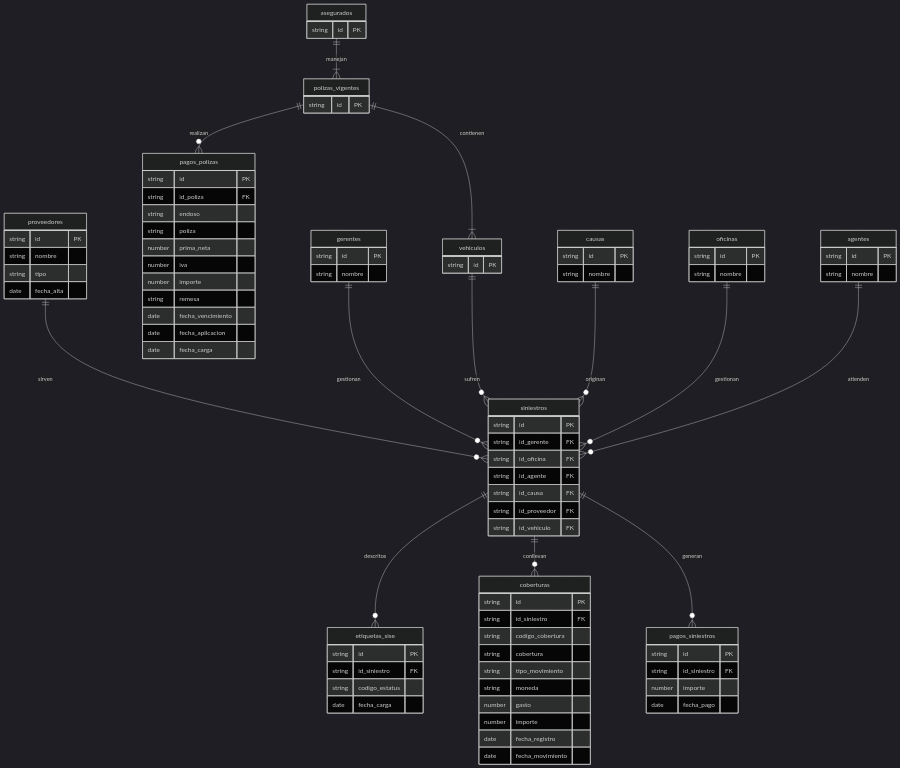
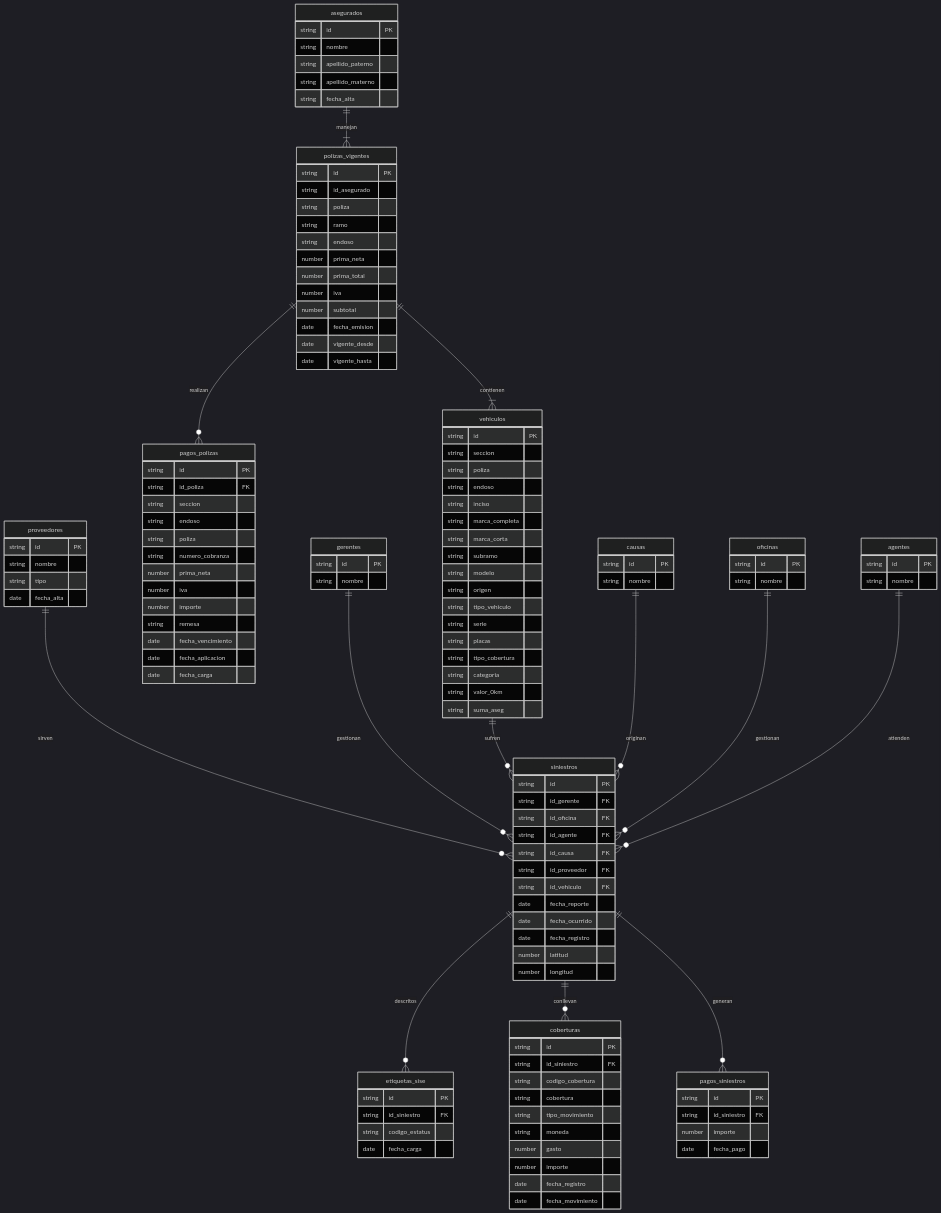
One commit to BernardoColoradoDubois/qualitas-fraudes-data changed the diagram in docs/fraudes.mermaid. Above: the diagram before and after it, drawn with Mermaid (dark theme). The commit also changed 1 other file, not shown here.

```diff
--- a/docs/fraudes.mermaid
+++ b/docs/fraudes.mermaid
@@ -1,115 +1,153 @@
 erDiagram
 
 asegurados ||--|{ polizas_vigentes : manejan
 
 polizas_vigentes ||--|{ vehiculos : contienen
 
 polizas_vigentes ||--o{ pagos_polizas : realizan
 
 proveedores ||--o{ siniestros : sirven
 
 gerentes ||--o{ siniestros : gestionan
 
 vehiculos ||--o{ siniestros : sufren
 
 causas ||--o{ siniestros : originan
 
 oficinas ||--o{ siniestros : gestionan
 
 agentes ||--o{ siniestros : atienden
 
 siniestros ||--o{ etiquetas_sise : descritos
 
 siniestros ||--o{ coberturas : conllevan
 
 siniestros ||--o{ pagos_siniestros : generan
 
 proveedores {
     string id PK
     string nombre
     string tipo
     date fecha_alta 
 }
 
 asegurados {
     string id PK
+    string nombre
+    string apellido_paterno
+    string apellido_materno
+    string fecha_alta
 }
 
 polizas_vigentes {
     string id PK
+    string id_asegurado
+    string poliza
+    string ramo
+    string endoso
+    number prima_neta
+    number prima_total
+    number iva
+    number subtotal
+    date fecha_emision
+    date vigente_desde
+    date vigente_hasta
 }
 
 pagos_polizas {
     string id PK
     string id_poliza FK
+    string seccion
     string endoso
     string poliza
+    string numero_cobranza
     number prima_neta
     number iva
     number importe
     string remesa
     date fecha_vencimiento
     date fecha_aplicacion
     date fecha_carga
 }
 
 vehiculos {
     string id PK
+    string seccion
+    string poliza
+    string endoso
+    string inciso
+    string marca_completa
+    string marca_corta
+    string subramo
+    string modelo
+    string origen
+    string tipo_vehiculo
+    string serie
+    string placas
+    string tipo_cobertura
+    string categoria
+    string valor_0km
+    string suma_aseg
 }
 
 causas {
     string id PK
     string nombre
 }
 
-etiquetas_sise{
+etiquetas_sise {
     string id PK
     string id_siniestro FK
     string codigo_estatus
     date fecha_carga
 }
 
-coberturas{
+coberturas {
     string id PK
     string id_siniestro FK
     string codigo_cobertura
     string cobertura
     string tipo_movimiento
     string moneda
     number gasto
     number importe
     date fecha_registro
     date fecha_movimiento
 }
 
-pagos_siniestros{
+pagos_siniestros {
     string id PK
     string id_siniestro FK
     number importe
     date fecha_pago
 }
 
-gerentes{
+gerentes {
     string id PK
     string nombre
 }
 
-oficinas{
+oficinas {
     string id PK
     string nombre
 }
 
-siniestros{
+siniestros {
     string id PK
     string id_gerente FK
     string id_oficina FK
     string id_agente FK
     string id_causa FK
     string id_proveedor FK
     string id_vehiculo FK
+    date fecha_reporte
+    date fecha_ocurrido
+    date fecha_registro
+    number latitud
+    number longitud
 }
 
-agentes{
+agentes {
     string id PK
     string nombre
 }
```
